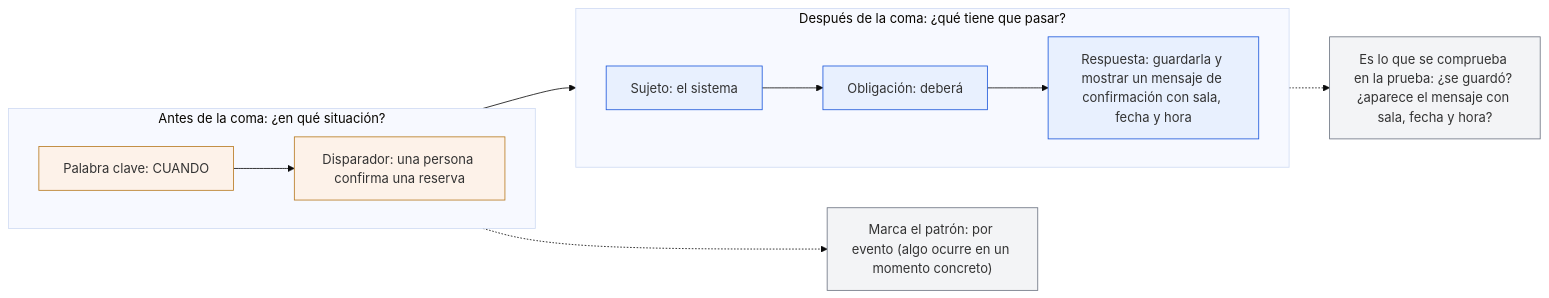
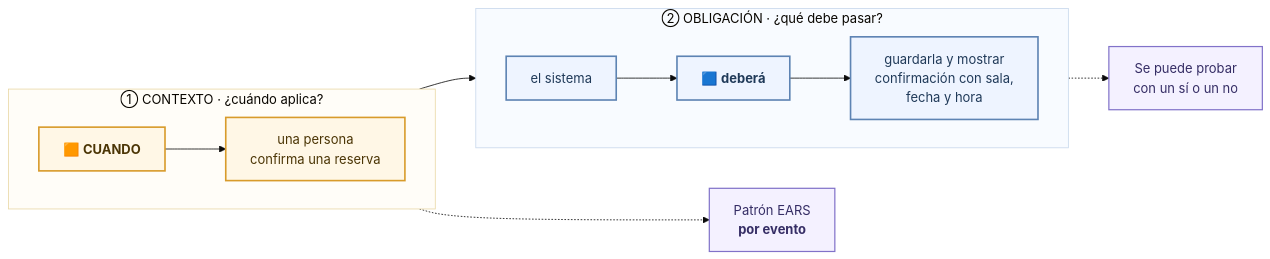
The first of 2 diagrams in diagramas/05-anatomia-de-un-requisito-ears.md (antroc/charla-sdd), drawn with Mermaid (base theme) before and after one commit. The commit also changed other lines of this file and 5 other files, not shown here.

Commit message:
Mejorar visualmente los diagramas Mermaid

````diff
--- a/diagramas/05-anatomia-de-un-requisito-ears.md
+++ b/diagramas/05-anatomia-de-un-requisito-ears.md
@@ -23,20 +23,32 @@
 ```mermaid
 flowchart LR
-  subgraph antes ["Antes de la coma: ¿en qué situación?"]
+  subgraph contexto["① CONTEXTO · ¿cuándo aplica?"]
     direction LR
-    clave["Palabra clave: CUANDO"] --> disparador["Disparador: una persona confirma una reserva"]
+    clave["🟧 <b>CUANDO</b>"]
+    disparador["una persona<br/>confirma una reserva"]
+    clave --> disparador
   end
-  subgraph despues ["Después de la coma: ¿qué tiene que pasar?"]
+
+  subgraph obligacion["② OBLIGACIÓN · ¿qué debe pasar?"]
     direction LR
-    sujeto["Sujeto: el sistema"] --> verbo["Obligación: deberá"] --> respuesta["Respuesta: guardarla y mostrar un mensaje de confirmación con sala, fecha y hora"]
+    sujeto["el sistema"]
+    verbo["🟦 <b>deberá</b>"]
+    respuesta["guardarla y mostrar<br/>confirmación con sala,<br/>fecha y hora"]
+    sujeto --> verbo --> respuesta
   end
+
   disparador --> sujeto
-  clave -.-> patron["Marca el patrón: por evento (algo ocurre en un momento concreto)"]
-  respuesta -.-> prueba["Es lo que se comprueba en la prueba: ¿se guardó? ¿aparece el mensaje con sala, fecha y hora?"]
-  classDef situacion fill:#FDF2E9,stroke:#B7791F;
-  classDef accion fill:#E8F0FE,stroke:#1A56DB;
-  classDef nota fill:#F3F4F6,stroke:#6B7280;
-  class clave,disparador situacion;
-  class sujeto,verbo,respuesta accion;
-  class patron,prueba nota;
+  clave -.-> patron["Patrón EARS<br/><b>por evento</b>"]
+  respuesta -.-> prueba["Se puede probar<br/>con un sí o un no"]
+
+  classDef context fill:#FFF7E6,stroke:#D89B2B,stroke-width:2px,color:#4B3505;
+  classDef action fill:#EEF4FF,stroke:#5D83B3,stroke-width:2px,color:#203A59;
+  classDef note fill:#F4F1FF,stroke:#8172C9,stroke-width:1.5px,color:#352D65;
+
+  class clave,disparador context;
+  class sujeto,verbo,respuesta action;
+  class patron,prueba note;
+
+  style contexto fill:#FFFDF8,stroke:#E9D8A6
+  style obligacion fill:#F8FBFF,stroke:#C8D8EC
 ```
````
